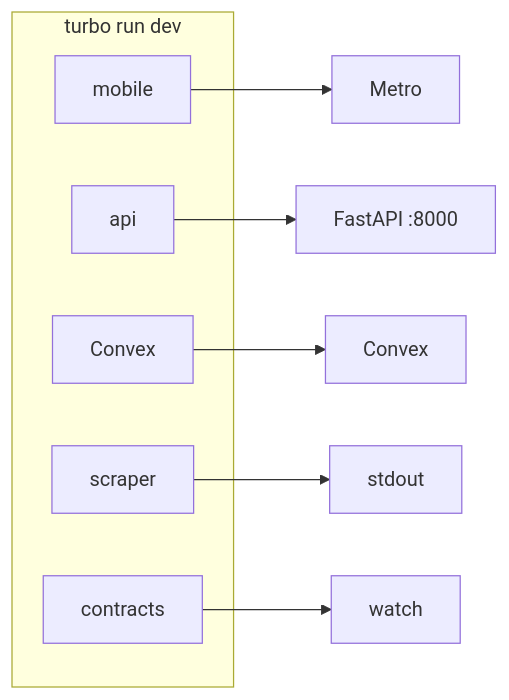
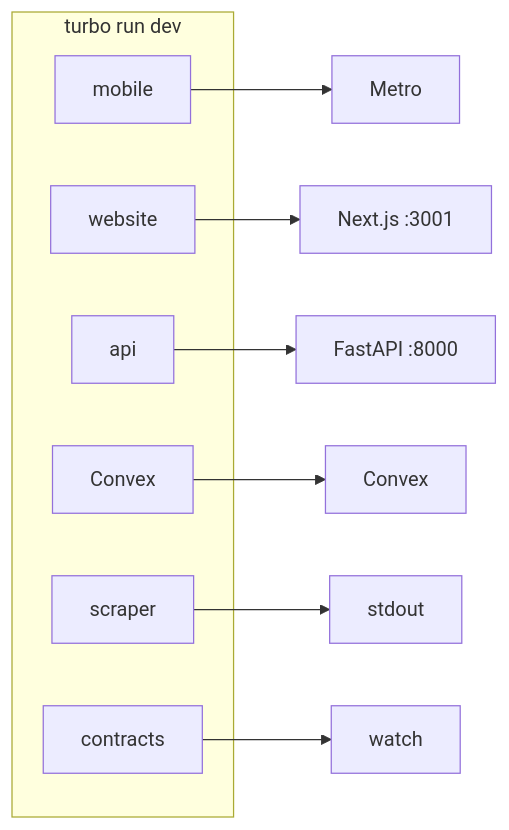
The diagram in .docs/guides/local-dev.md (LukasStrickler/korb.guru), drawn with Mermaid before and after one commit. The commit also changed other lines of this file and 1 other file, not shown here.

````diff
--- a/.docs/guides/local-dev.md
+++ b/.docs/guides/local-dev.md
@@ -16,15 +16,17 @@
 ```mermaid
 flowchart LR
   subgraph turbo["turbo run dev"]
     M[mobile]
+    W[website]
     A[api]
     C[Convex]
     S[scraper]
     X[contracts]
   end
   M --> Metro
+  W --> Next["Next.js :3001"]
   A --> FastAPI["FastAPI :8000"]
   C --> Convex["Convex"]
   S --> stdout
   X --> watch
 ```
````
